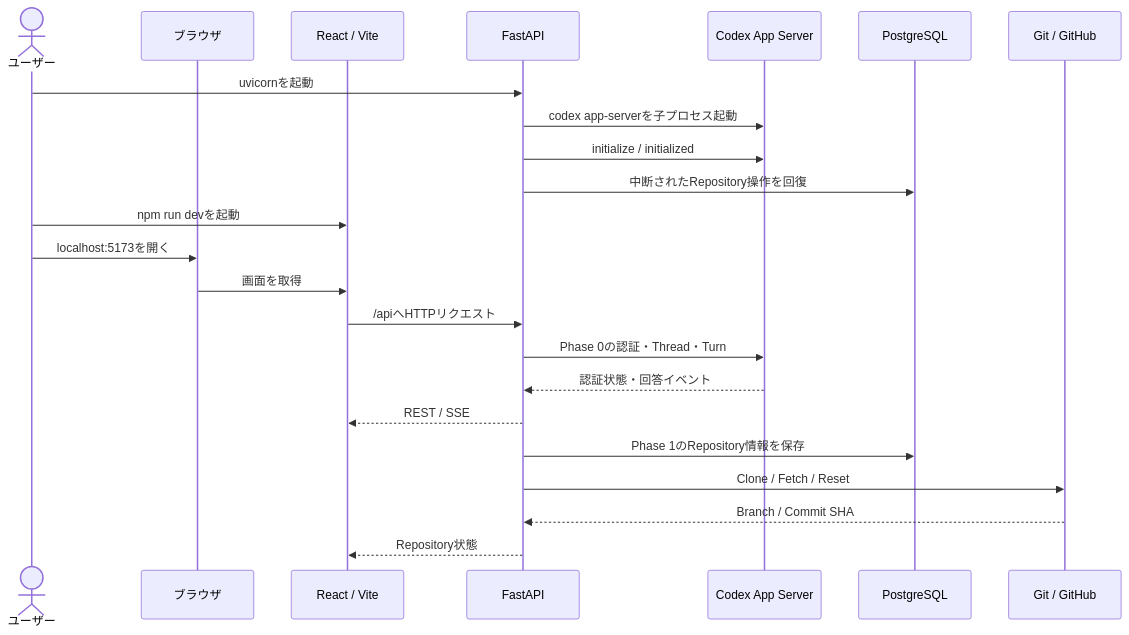
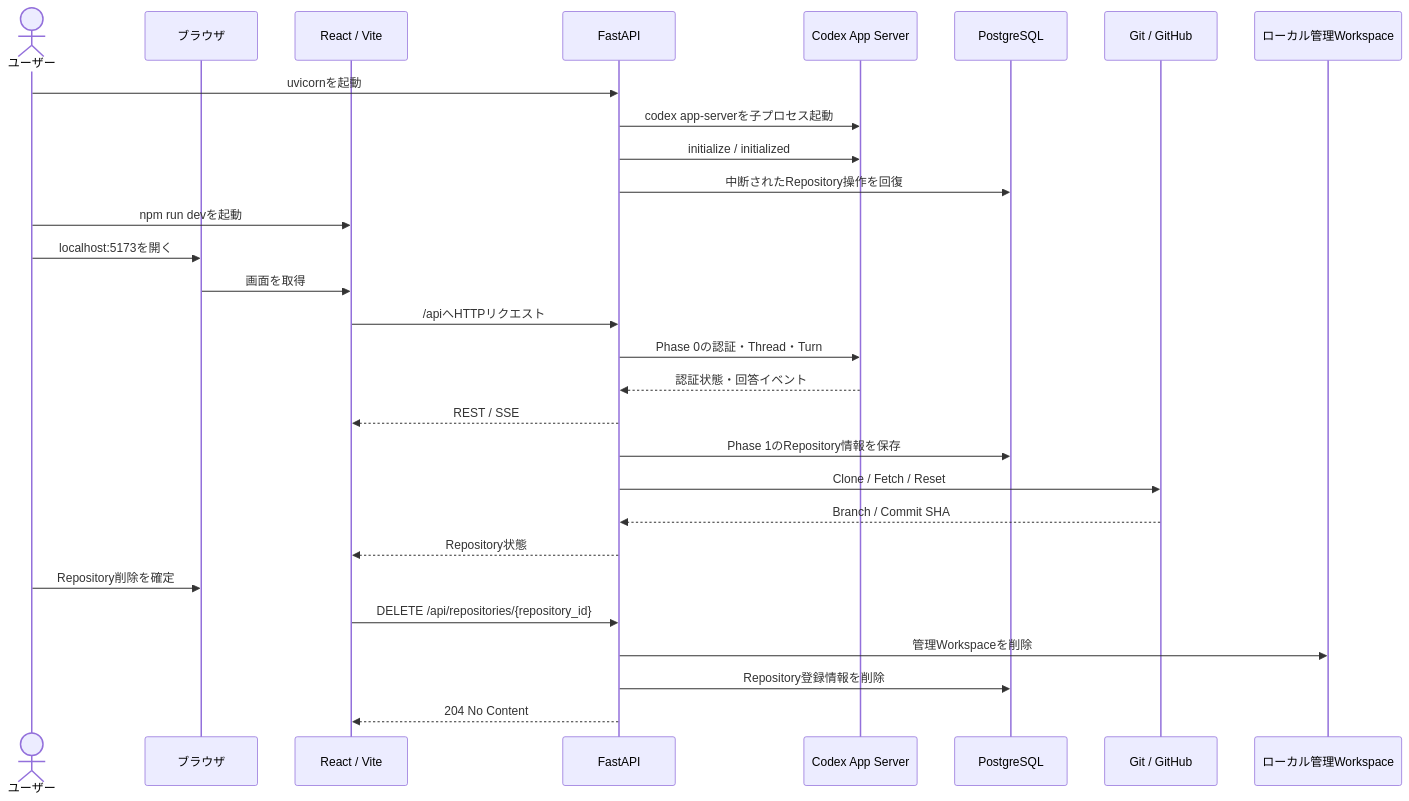
Before and after one commit to Futaw/GHAgentDev: the diagram in docs/phase-0-1-manual-test-guide.md, drawn with Mermaid. The commit also changed other lines of this file, not shown here.

Commit message:
docs: expand repository deletion test guide

````diff
--- a/docs/phase-0-1-manual-test-guide.md
+++ b/docs/phase-0-1-manual-test-guide.md
@@ -45,26 +45,32 @@
 ```mermaid
 sequenceDiagram
     actor User as ユーザー
     participant Browser as ブラウザ
     participant Vite as React / Vite
     participant API as FastAPI
     participant Codex as Codex App Server
     participant DB as PostgreSQL
     participant Git as Git / GitHub
+    participant Workspace as ローカル管理Workspace
 
     User->>API: uvicornを起動
     API->>Codex: codex app-serverを子プロセス起動
     API->>Codex: initialize / initialized
     API->>DB: 中断されたRepository操作を回復
     User->>Vite: npm run devを起動
     User->>Browser: localhost:5173を開く
     Browser->>Vite: 画面を取得
     Vite->>API: /apiへHTTPリクエスト
     API->>Codex: Phase 0の認証・Thread・Turn
     Codex-->>API: 認証状態・回答イベント
     API-->>Vite: REST / SSE
     API->>DB: Phase 1のRepository情報を保存
     API->>Git: Clone / Fetch / Reset
     Git-->>API: Branch / Commit SHA
     API-->>Vite: Repository状態
+    User->>Browser: Repository削除を確定
+    Vite->>API: DELETE /api/repositories/{repository_id}
+    API->>Workspace: 管理Workspaceを削除
+    API->>DB: Repository登録情報を削除
+    API-->>Vite: 204 No Content
 ```
````
